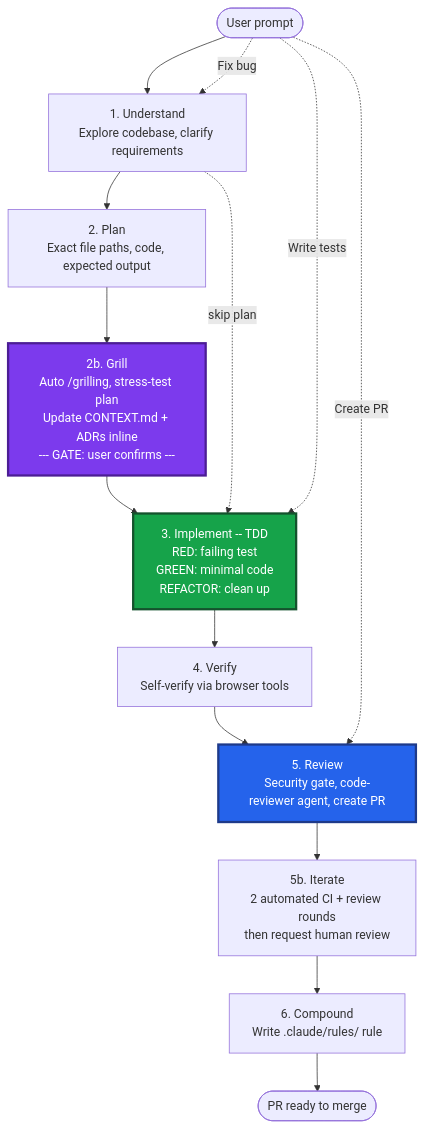
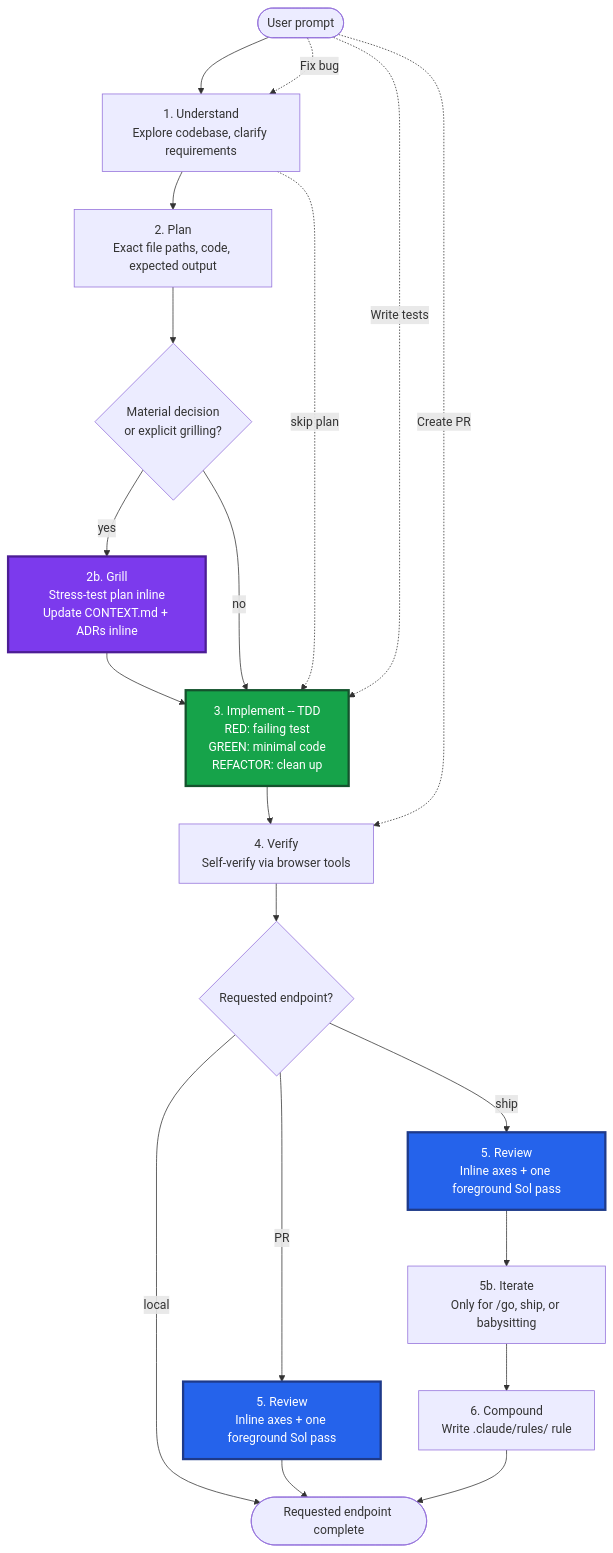
Before and after one commit to malinskibeniamin/skills: the first of 2 diagrams in README.md, drawn with Mermaid. The commit also changed other lines of this file and 65 other files, not shown here.

````diff
--- a/README.md
+++ b/README.md
@@ -88,26 +89,35 @@
 ```mermaid
 graph TD
     Start([User prompt]) --> Understand
 
     Understand["1. Understand\nExplore codebase, clarify requirements"]
     Plan["2. Plan\nExact file paths, code, expected output"]
-    Grill["2b. Grill\nAuto /grilling, stress-test plan\nUpdate CONTEXT.md + ADRs inline\n--- GATE: user confirms ---"]
+    Decide{"Material decision\nor explicit grilling?"}
+    Grill["2b. Grill\nStress-test plan inline\nUpdate CONTEXT.md + ADRs inline"]
     Implement["3. Implement -- TDD\nRED: failing test\nGREEN: minimal code\nREFACTOR: clean up"]
     Verify["4. Verify\nSelf-verify via browser tools"]
-    Review["5. Review\nSecurity gate, code-reviewer agent, create PR"]
-    Iterate["5b. Iterate\n2 automated CI + review rounds\nthen request human review"]
+    ReviewPR["5. Review\nInline axes + one foreground Sol pass"]
+    ReviewShip["5. Review\nInline axes + one foreground Sol pass"]
+    Iterate["5b. Iterate\nOnly for /go, ship, or babysitting"]
     Compound["6. Compound\nWrite .claude/rules/ rule"]
-    Done([PR ready to merge])
+    Endpoint{"Requested endpoint?"}
+    Done([Requested endpoint complete])
 
-    Understand --> Plan --> Grill --> Implement
-    Implement --> Verify --> Review --> Iterate --> Compound --> Done
+    Understand --> Plan --> Decide
+    Decide -->|"yes"| Grill --> Implement
+    Decide -->|"no"| Implement
+    Implement --> Verify --> Endpoint
+    Endpoint -->|"local"| Done
+    Endpoint -->|"PR"| ReviewPR --> Done
+    Endpoint -->|"ship"| ReviewShip --> Iterate --> Compound --> Done
 
     Start -. "Fix bug" .-> Understand
     Understand -. "skip plan" .-> Implement
     Start -. "Write tests" .-> Implement
-    Start -. "Create PR" .-> Review
+    Start -. "Create PR" .-> Verify
 
     style Grill fill:#7c3aed,stroke:#4c1d95,stroke-width:3px,color:#fff
     style Implement fill:#16a34a,stroke:#14532d,stroke-width:3px,color:#fff
-    style Review fill:#2563eb,stroke:#1e3a8a,stroke-width:3px,color:#fff
+    style ReviewPR fill:#2563eb,stroke:#1e3a8a,stroke-width:3px,color:#fff
+    style ReviewShip fill:#2563eb,stroke:#1e3a8a,stroke-width:3px,color:#fff
 ```
````
